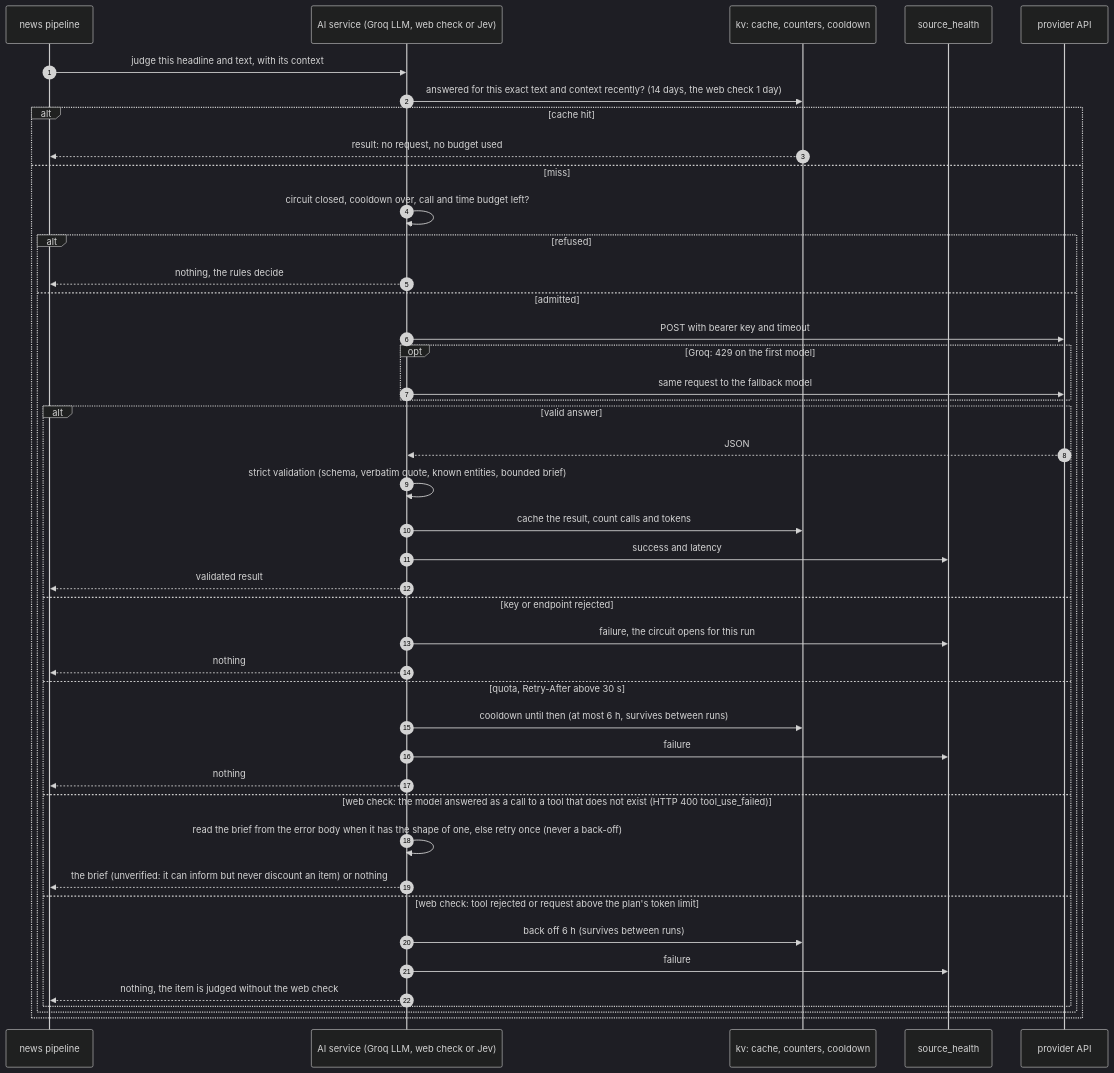
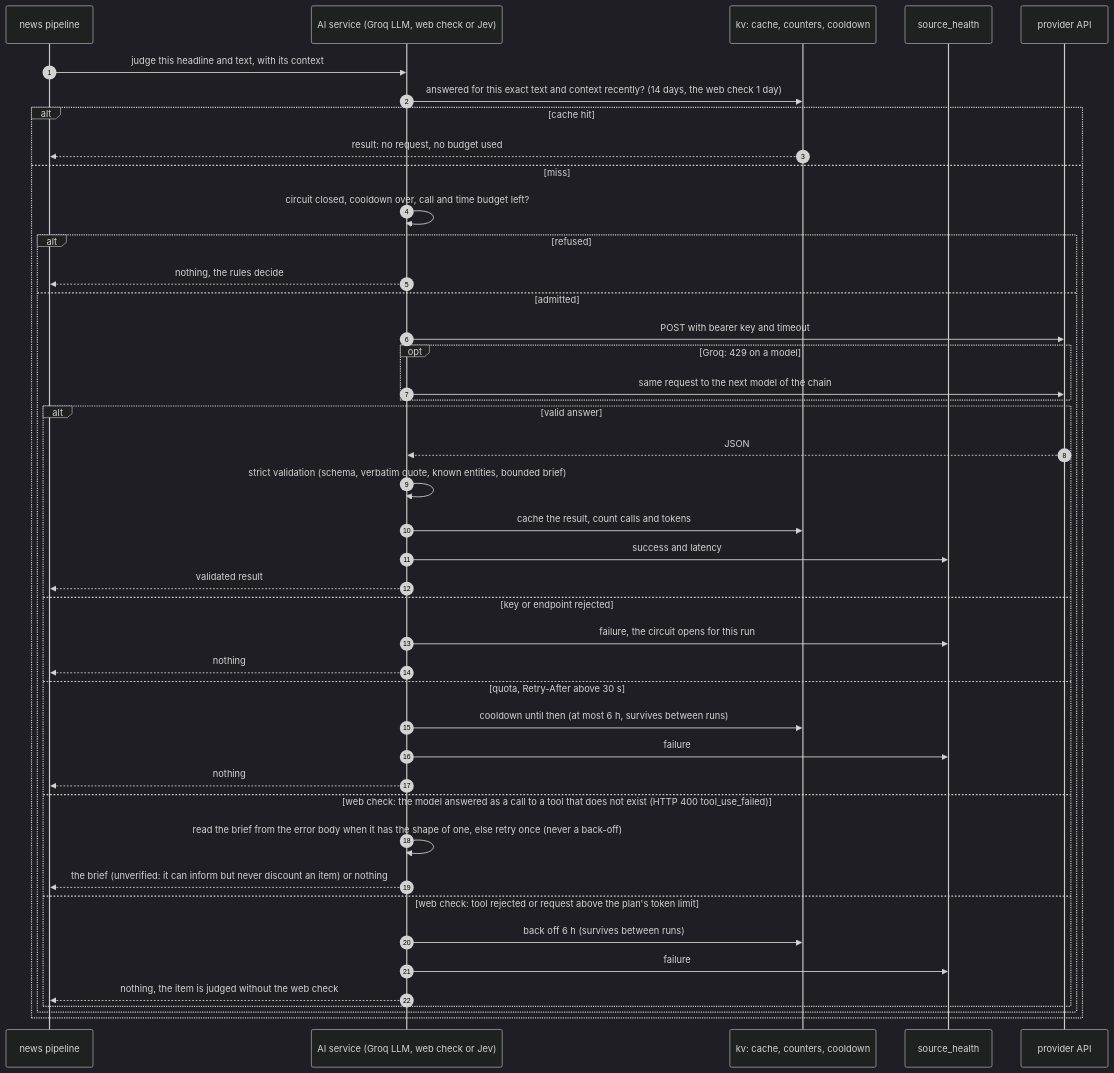
Before and after one commit to amansoni7477030/MonsterStock_AI: the ninth of 21 diagrams in MONSTER-AI/docs/ARCHITECTURE.md, drawn with Mermaid (dark theme). The commit also changed other lines of this file and 10 other files, not shown here.

````diff
--- a/MONSTER-AI/docs/ARCHITECTURE.md
+++ b/MONSTER-AI/docs/ARCHITECTURE.md
@@ -300,46 +370,46 @@
 ```mermaid
 sequenceDiagram
     autonumber
     participant P as news pipeline
     participant S as AI service (Groq LLM, web check or Jev)
     participant K as kv: cache, counters, cooldown
     participant H as source_health
     participant API as provider API
 
     P->>S: judge this headline and text, with its context
     S->>K: answered for this exact text and context recently? (14 days, the web check 1 day)
     alt cache hit
         K-->>P: result: no request, no budget used
     else miss
         S->>S: circuit closed, cooldown over, call and time budget left?
         alt refused
             S-->>P: nothing, the rules decide
         else admitted
             S->>API: POST with bearer key and timeout
-            opt Groq: 429 on the first model
-                S->>API: same request to the fallback model
+            opt Groq: 429 on a model
+                S->>API: same request to the next model of the chain
             end
             alt valid answer
                 API-->>S: JSON
                 S->>S: strict validation (schema, verbatim quote, known entities, bounded brief)
                 S->>K: cache the result, count calls and tokens
                 S->>H: success and latency
                 S-->>P: validated result
             else key or endpoint rejected
                 S->>H: failure, the circuit opens for this run
                 S-->>P: nothing
             else quota, Retry-After above 30 s
                 S->>K: cooldown until then (at most 6 h, survives between runs)
                 S->>H: failure
                 S-->>P: nothing
             else web check: the model answered as a call to a tool that does not exist (HTTP 400 tool_use_failed)
                 S->>S: read the brief from the error body when it has the shape of one, else retry once (never a back-off)
                 S-->>P: the brief (unverified: it can inform but never discount an item) or nothing
             else web check: tool rejected or request above the plan's token limit
                 S->>K: back off 6 h (survives between runs)
                 S->>H: failure
                 S-->>P: nothing, the item is judged without the web check
             end
         end
     end
 ```
````
